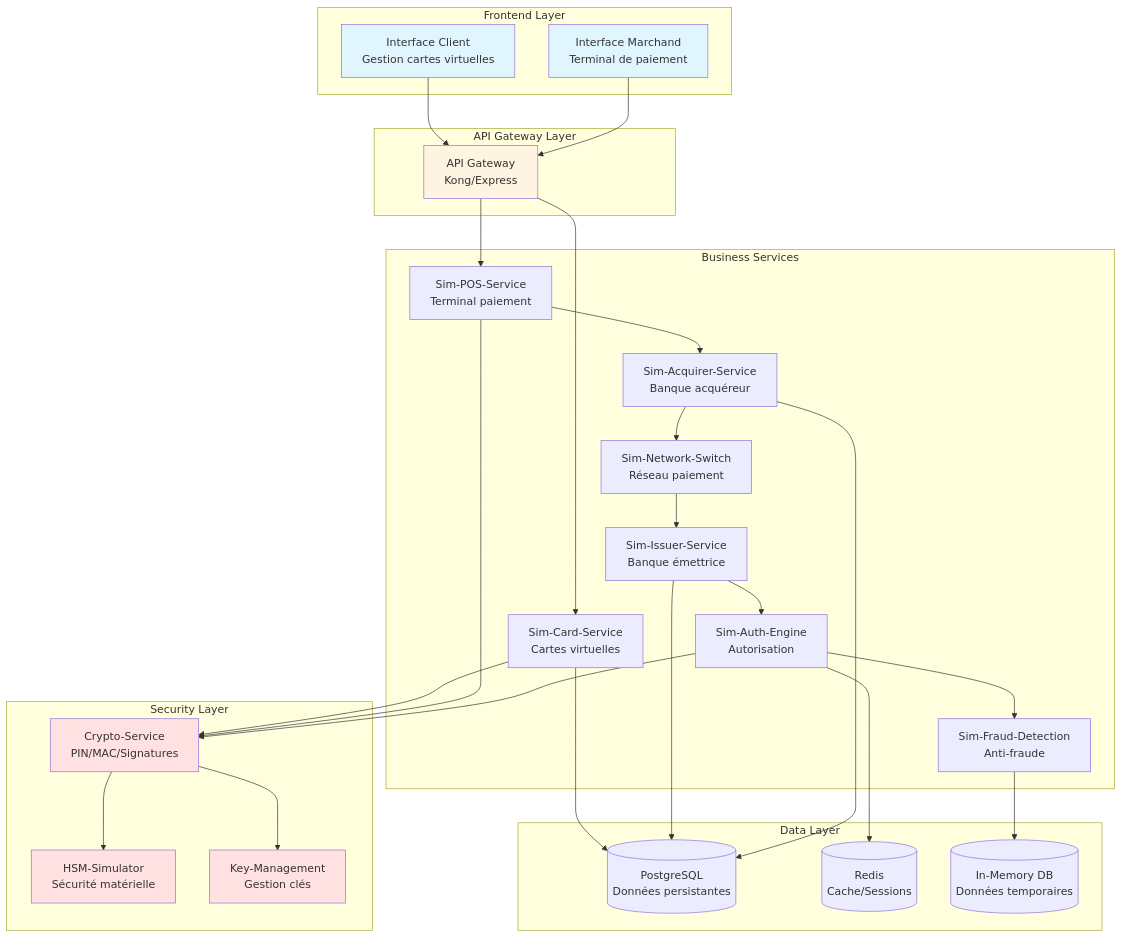
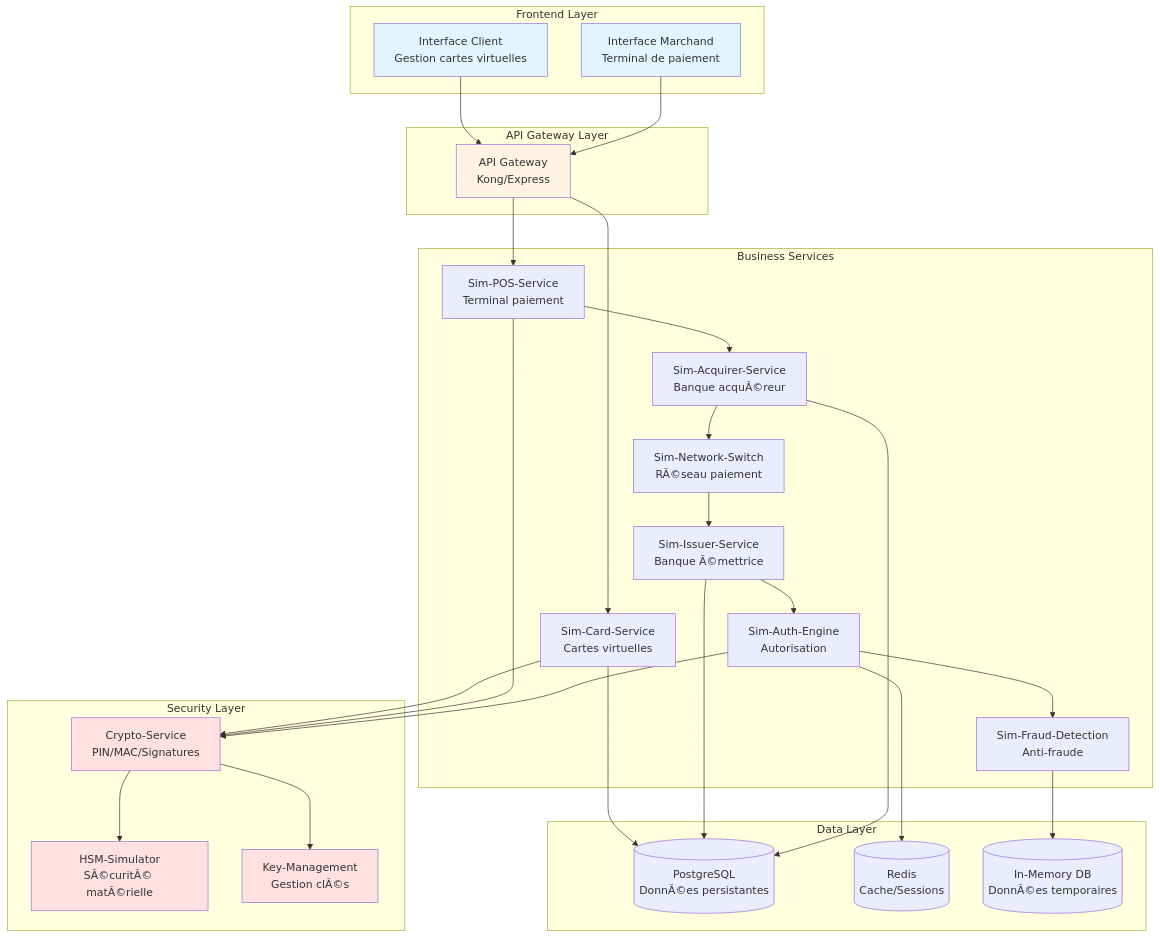
The first of 4 diagrams in README.md (philbalog13/PMP), drawn with Mermaid before and after one commit. The commit also changed other lines of this file and 27937 other files, not shown here.

````diff
--- a/README.md
+++ b/README.md
@@ -100,64 +105,64 @@
 ```mermaid
 graph TB
     subgraph "Frontend Layer"
         CLIENT[Interface Client<br/>Gestion cartes virtuelles]
         MERCHANT[Interface Marchand<br/>Terminal de paiement]
     end
 
     subgraph "API Gateway Layer"
         GATEWAY[API Gateway<br/>Kong/Express]
     end
 
     subgraph "Business Services"
         CARD[Sim-Card-Service<br/>Cartes virtuelles]
         POS[Sim-POS-Service<br/>Terminal paiement]
-        ACQUIRER[Sim-Acquirer-Service<br/>Banque acquéreur]
-        SWITCH[Sim-Network-Switch<br/>Réseau paiement]
-        ISSUER[Sim-Issuer-Service<br/>Banque émettrice]
+        ACQUIRER[Sim-Acquirer-Service<br/>Banque acquÃ©reur]
+        SWITCH[Sim-Network-Switch<br/>RÃ©seau paiement]
+        ISSUER[Sim-Issuer-Service<br/>Banque Ã©mettrice]
         AUTH[Sim-Auth-Engine<br/>Autorisation]
         FRAUD[Sim-Fraud-Detection<br/>Anti-fraude]
     end
 
     subgraph "Security Layer"
         CRYPTO[Crypto-Service<br/>PIN/MAC/Signatures]
-        HSM[HSM-Simulator<br/>Sécurité matérielle]
-        KEYS[Key-Management<br/>Gestion clés]
+        HSM[HSM-Simulator<br/>SÃ©curitÃ© matÃ©rielle]
+        KEYS[Key-Management<br/>Gestion clÃ©s]
     end
 
     subgraph "Data Layer"
-        POSTGRES[(PostgreSQL<br/>Données persistantes)]
+        POSTGRES[(PostgreSQL<br/>DonnÃ©es persistantes)]
         REDIS[(Redis<br/>Cache/Sessions)]
-        MEMORY[(In-Memory DB<br/>Données temporaires)]
+        MEMORY[(In-Memory DB<br/>DonnÃ©es temporaires)]
     end
 
     CLIENT --> GATEWAY
     MERCHANT --> GATEWAY
     GATEWAY --> CARD
     GATEWAY --> POS
     
     POS --> ACQUIRER
     ACQUIRER --> SWITCH
     SWITCH --> ISSUER
     ISSUER --> AUTH
     AUTH --> FRAUD
     
     CARD --> CRYPTO
     POS --> CRYPTO
     AUTH --> CRYPTO
     
     CRYPTO --> HSM
     CRYPTO --> KEYS
     
     CARD --> POSTGRES
     ISSUER --> POSTGRES
     ACQUIRER --> POSTGRES
     AUTH --> REDIS
     FRAUD --> MEMORY
 
     style CLIENT fill:#e1f5ff
     style MERCHANT fill:#e1f5ff
     style GATEWAY fill:#fff4e1
     style CRYPTO fill:#ffe1e1
     style HSM fill:#ffe1e1
     style KEYS fill:#ffe1e1
 ```
````
